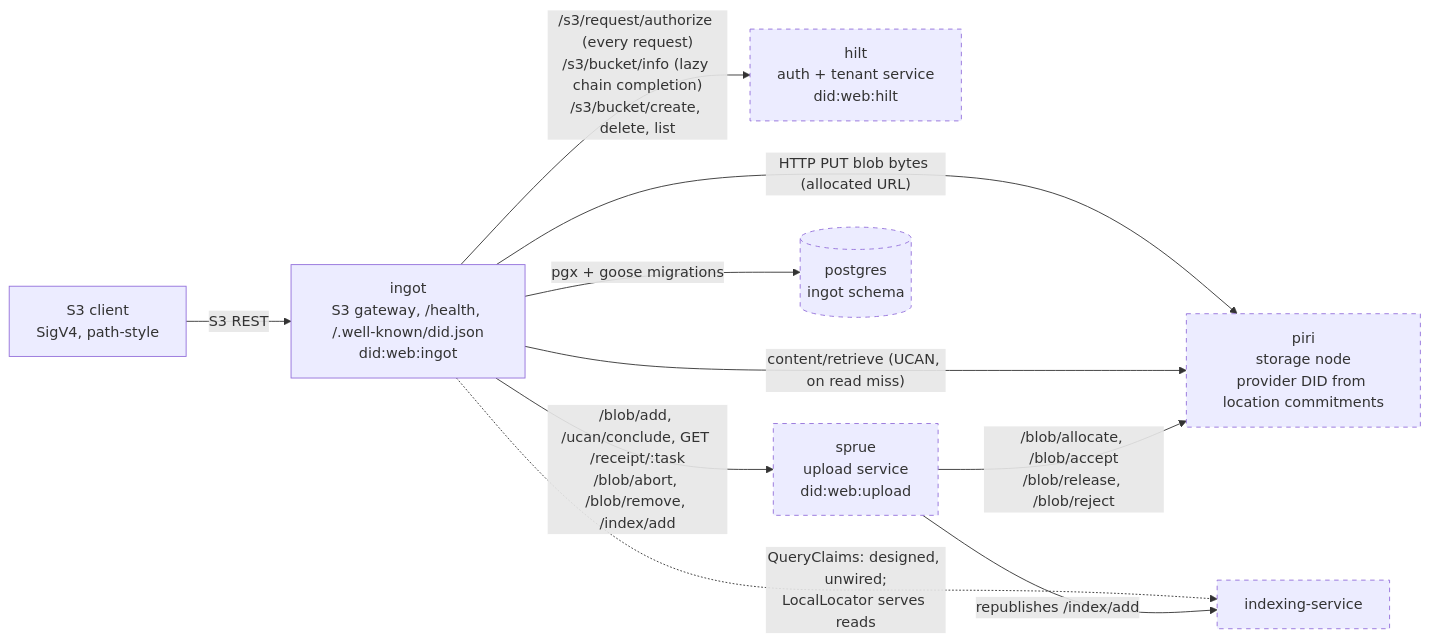
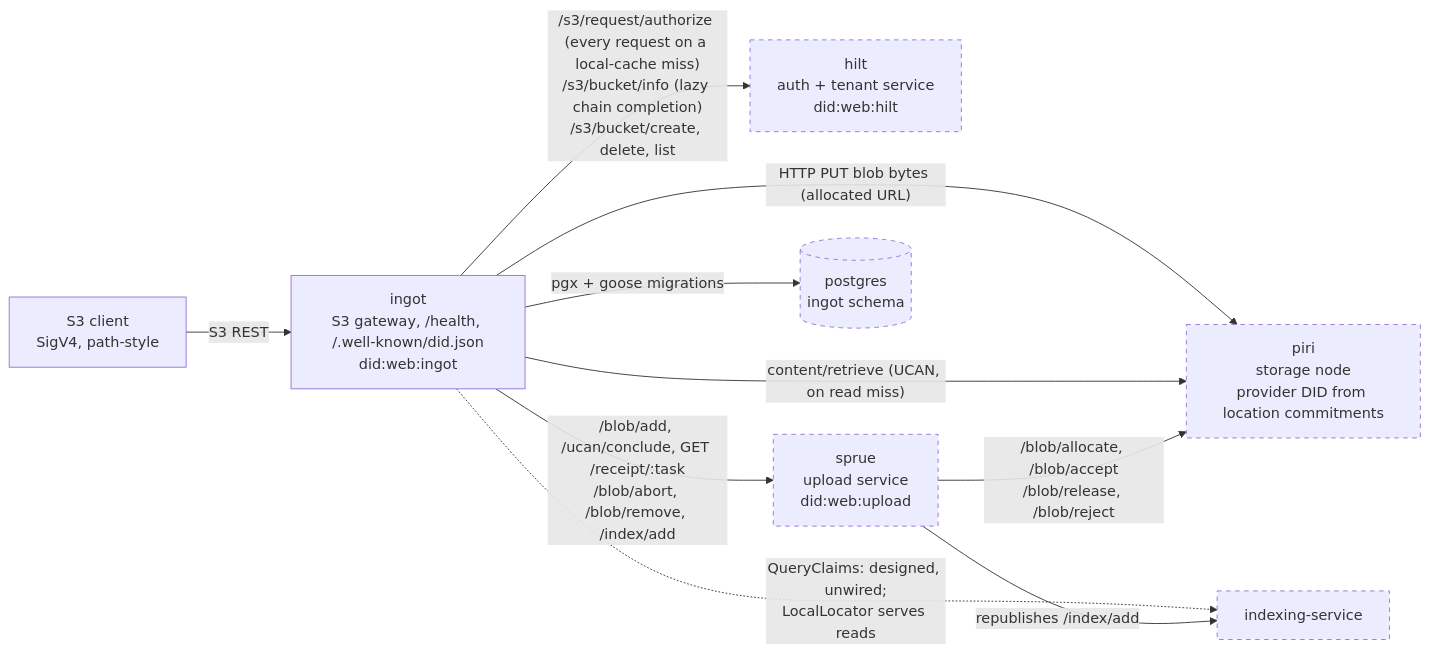
The first of 14 diagrams in docs/diagrams.md (fil-forge/ingot), drawn with Mermaid before and after one commit. The commit also changed other lines of this file and 4 other files, not shown here.

````diff
--- a/docs/diagrams.md
+++ b/docs/diagrams.md
@@ -45,23 +45,23 @@
 ```mermaid
 flowchart LR
     client["S3 client<br/>SigV4, path-style"]
     ingot["ingot<br/>S3 gateway, /health, /.well-known/did.json<br/>did:web:ingot"]
     hilt["hilt<br/>auth + tenant service<br/>did:web:hilt"]
     sprue["sprue<br/>upload service<br/>did:web:upload"]
     piri["piri<br/>storage node<br/>provider DID from location commitments"]
     pg[("postgres<br/>ingot schema")]
     idx["indexing-service"]
 
     client -->|"S3 REST"| ingot
-    ingot -->|"/s3/request/authorize (every request)<br/>/s3/bucket/info (lazy chain completion)<br/>/s3/bucket/create, delete, list"| hilt
+    ingot -->|"/s3/request/authorize (every request on a local-cache miss)<br/>/s3/bucket/info (lazy chain completion)<br/>/s3/bucket/create, delete, list"| hilt
     ingot -->|"/blob/add, /ucan/conclude, GET /receipt/:task<br/>/blob/abort, /blob/remove, /index/add"| sprue
     ingot -->|"HTTP PUT blob bytes (allocated URL)"| piri
     ingot -->|"content/retrieve (UCAN, on read miss)"| piri
     ingot -->|"pgx + goose migrations"| pg
     ingot -.->|"QueryClaims: designed, unwired;<br/>LocalLocator serves reads"| idx
     sprue -->|"/blob/allocate, /blob/accept<br/>/blob/release, /blob/reject"| piri
     sprue -->|"republishes /index/add"| idx
 
     classDef external stroke-dasharray: 5 5
     class hilt,sprue,piri,pg,idx external
 ```
````
